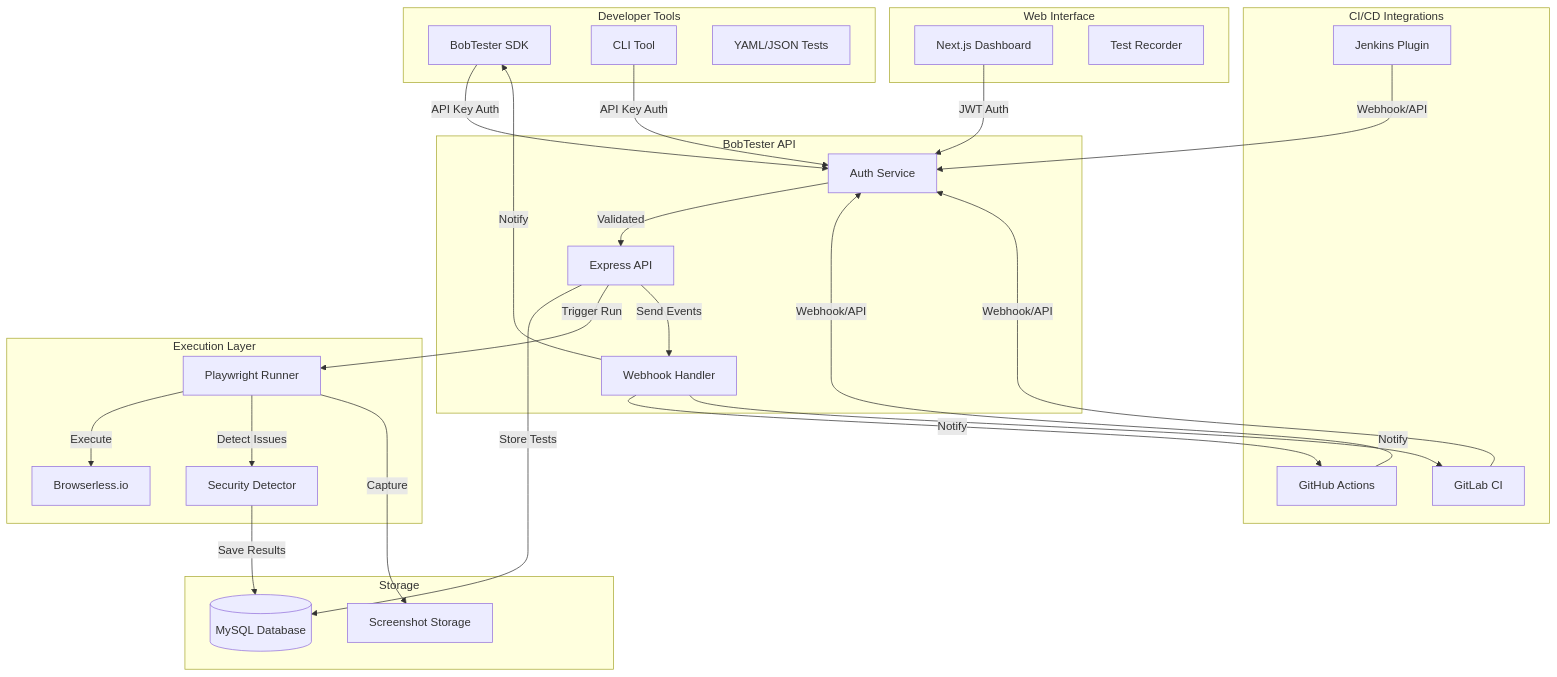
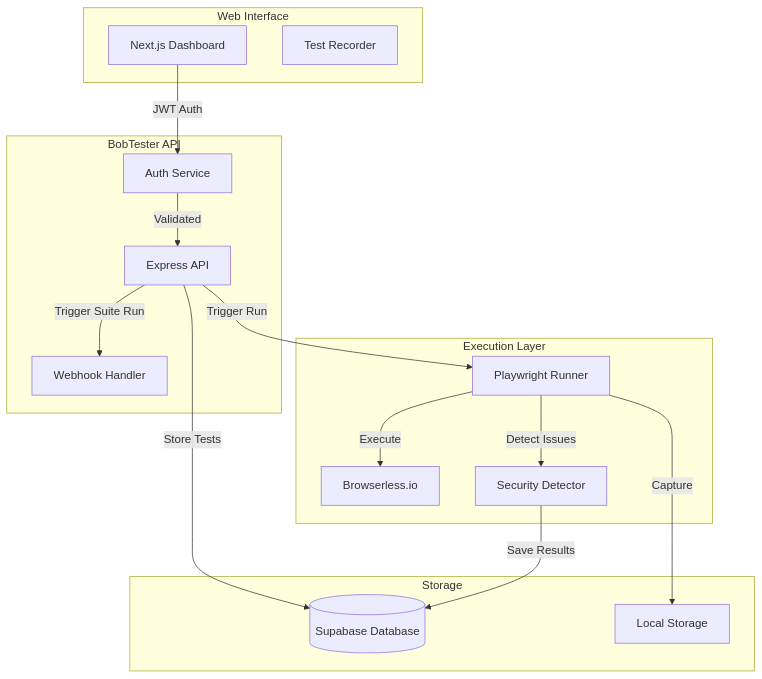
One commit to ngezLin/bobtester changed the first of 3 diagrams in llm-context/flow.md. Above: the diagram before and after it, drawn with Mermaid. The commit also changed other lines of this file and 18 other files, not shown here.

````diff
--- a/llm-context/flow.md
+++ b/llm-context/flow.md
@@ -5,57 +5,36 @@
 ```mermaid
 graph TB
-    subgraph "Developer Tools"
-        SDK[BobTester SDK]
-        CLI[CLI Tool]
-        YAML[YAML/JSON Tests]
-    end
-
-    subgraph "CI/CD Integrations"
-        GHA[GitHub Actions]
-        GitLab[GitLab CI]
-        Jenkins[Jenkins Plugin]
-    end
-
     subgraph "Web Interface"
         WebUI[Next.js Dashboard]
         Recorder[Test Recorder]
     end
 
     subgraph "BobTester API"
         Auth[Auth Service]
         API[Express API]
         Webhook[Webhook Handler]
     end
 
     subgraph "Execution Layer"
         Runner[Playwright Runner]
         Browserless[Browserless.io]
         Detector[Security Detector]
     end
 
     subgraph "Storage"
-        DB[(MySQL Database)]
-        Screenshots[Screenshot Storage]
+        DB[(Supabase Database)]
+        Screenshots[Local Storage]
     end
 
-    SDK -->|API Key Auth| Auth
-    CLI -->|API Key Auth| Auth
-    GHA -->|Webhook/API| Auth
-    GitLab -->|Webhook/API| Auth
-    Jenkins -->|Webhook/API| Auth
     WebUI -->|JWT Auth| Auth
-
     Auth -->|Validated| API
     API -->|Store Tests| DB
     API -->|Trigger Run| Runner
-    API -->|Send Events| Webhook
-
+    
     Runner -->|Execute| Browserless
     Runner -->|Detect Issues| Detector
     Detector -->|Save Results| DB
     Runner -->|Capture| Screenshots
-
-    Webhook -->|Notify| SDK
-    Webhook -->|Notify| GHA
-    Webhook -->|Notify| GitLab
+    
+    API -->|Trigger Suite Run| Webhook
 ```
````
